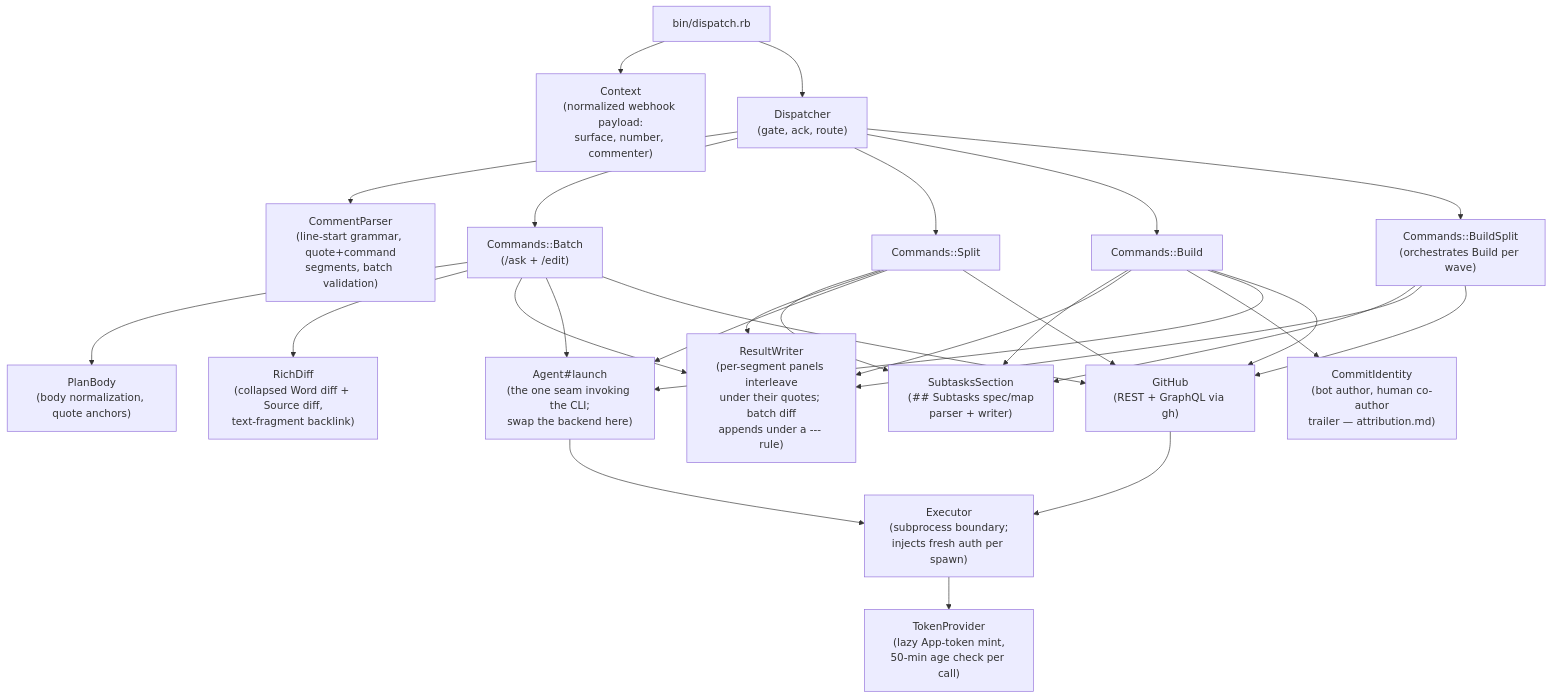
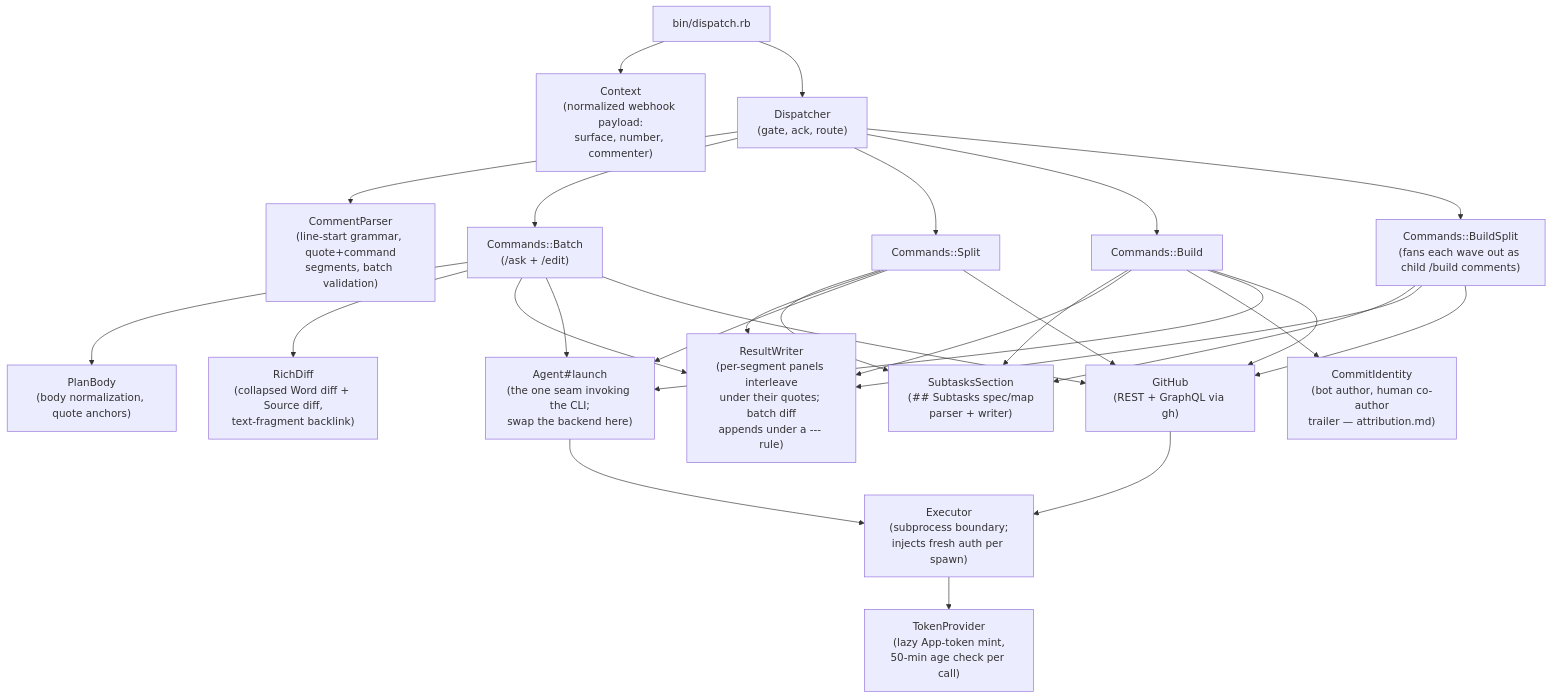
One commit to d3mlabs/ai-flow changed the third of 7 diagrams in docs/architecture.md. Above: the diagram before and after it, drawn with Mermaid. The commit also changed other lines of this file and 2 other files, not shown here.

First line of the commit message:
Docs: /build --split's fan-out, --base/--for, the App-authored gate, slots

````diff
--- a/docs/architecture.md
+++ b/docs/architecture.md
@@ -216,32 +216,32 @@
 ```mermaid
 flowchart TD
     entry["bin/dispatch.rb"] --> ctx["Context<br/>(normalized webhook payload:<br/>surface, number, commenter)"]
     entry --> disp["Dispatcher<br/>(gate, ack, route)"]
     disp --> parser["CommentParser<br/>(line-start grammar, quote+command<br/>segments, batch validation)"]
     disp --> batchCmd["Commands::Batch<br/>(/ask + /edit)"]
     disp --> splitCmd["Commands::Split"]
     disp --> buildCmd["Commands::Build"]
-    disp --> buildSplitCmd["Commands::BuildSplit<br/>(orchestrates Build per wave)"]
+    disp --> buildSplitCmd["Commands::BuildSplit<br/>(fans each wave out as child /build comments)"]
 
     splitCmd --> subtasksSection["SubtasksSection<br/>(## Subtasks spec/map<br/>parser + writer)"]
     buildCmd --> subtasksSection
     buildSplitCmd --> subtasksSection
     batchCmd --> planBody["PlanBody<br/>(body normalization, quote anchors)"]
     batchCmd --> richDiff["RichDiff<br/>(collapsed Word diff + Source diff,<br/>text-fragment backlink)"]
     batchCmd --> resultWriter["ResultWriter<br/>(per-segment panels interleave<br/>under their quotes; batch diff<br/>appends under a --- rule)"]
     splitCmd --> resultWriter
     buildCmd --> resultWriter
     buildSplitCmd --> resultWriter
     buildCmd --> commitIdentity["CommitIdentity<br/>(bot author, human co-author<br/>trailer — attribution.md)"]
 
     batchCmd --> agent["Agent#launch<br/>(the one seam invoking the CLI;<br/>swap the backend here)"]
     splitCmd --> agent
     buildCmd --> agent
     batchCmd --> gh["GitHub<br/>(REST + GraphQL via gh)"]
     splitCmd --> gh
     buildCmd --> gh
     buildSplitCmd --> gh
     agent --> exec["Executor<br/>(subprocess boundary;<br/>injects fresh auth per spawn)"]
     gh --> exec
     exec --> tokenProvider["TokenProvider<br/>(lazy App-token mint,<br/>50-min age check per call)"]
 ```
````
